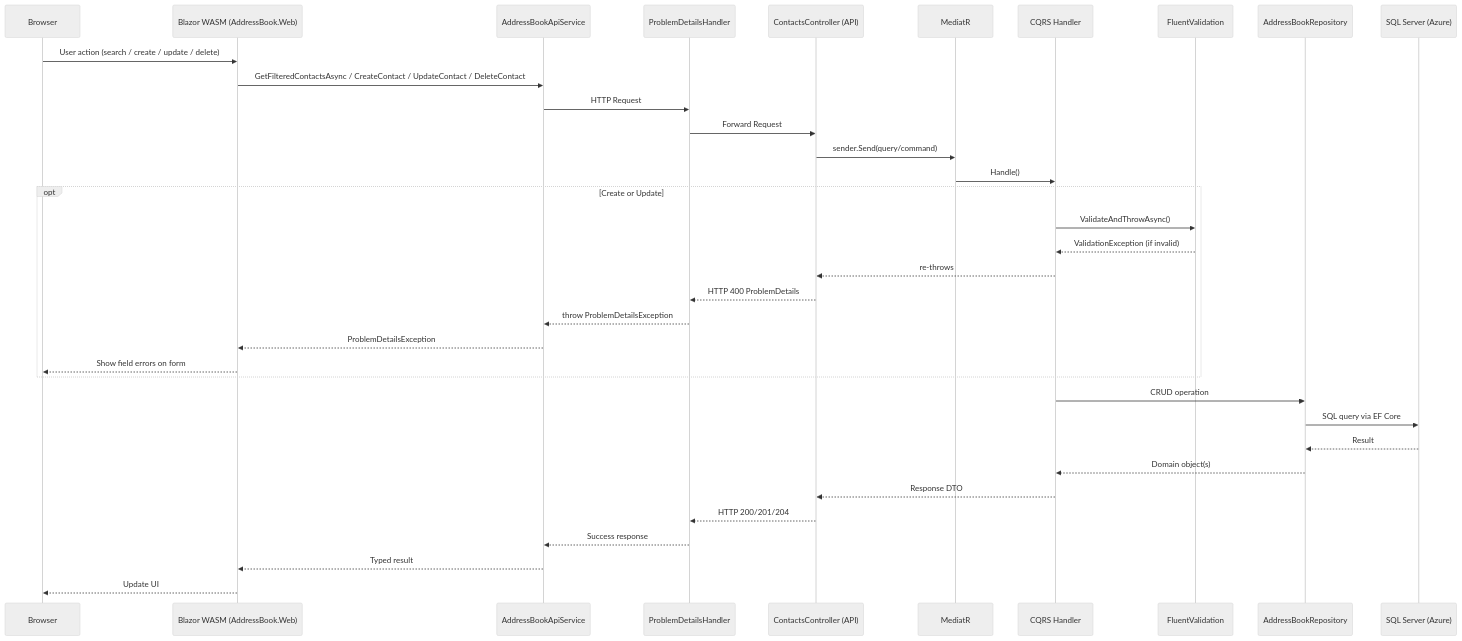
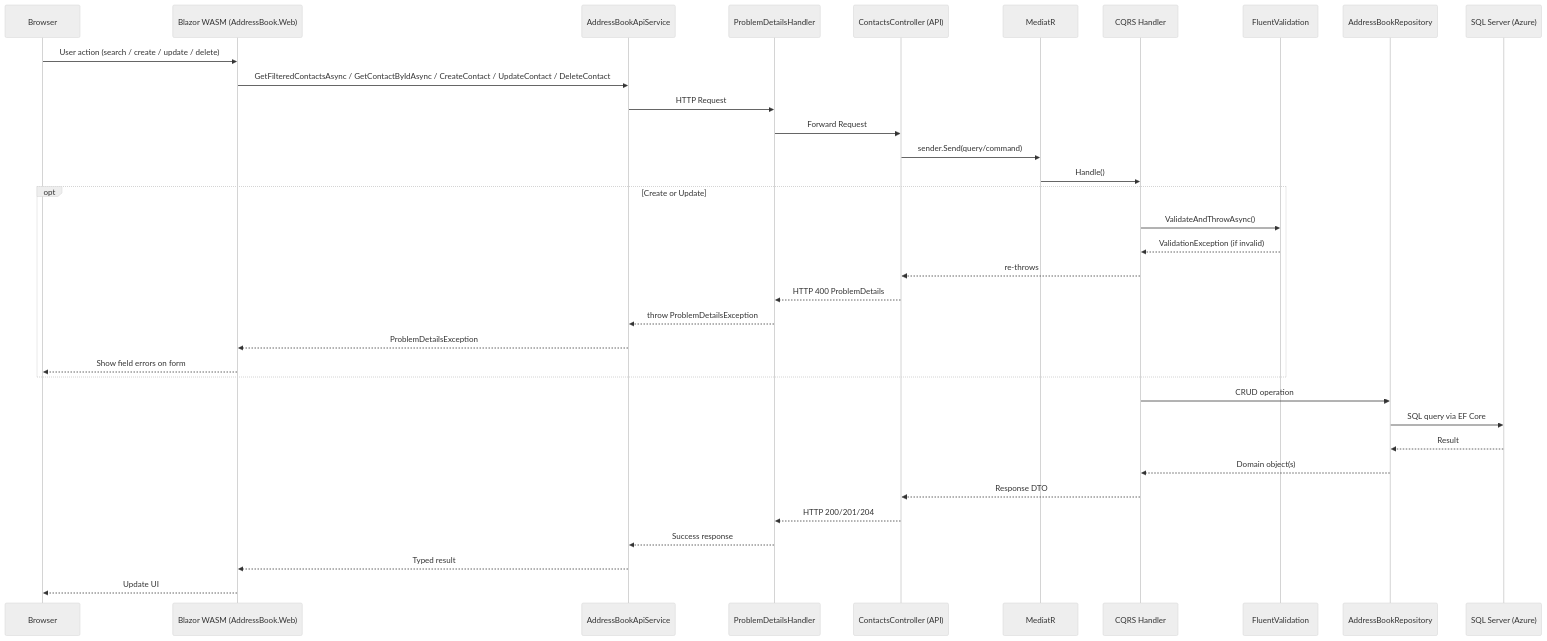
The second of 3 diagrams in .github/askrinnik-addressbook2025.md (askrinnik/AddressBook2025), drawn with Mermaid (neutral theme) before and after one commit. The commit also changed other lines of this file and 4 other files, not shown here.

````diff
--- a/.github/askrinnik-addressbook2025.md
+++ b/.github/askrinnik-addressbook2025.md
@@ -560,38 +593,38 @@
 ```mermaid
 sequenceDiagram
     participant Browser
     participant BlazorWASM as Blazor WASM (AddressBook.Web)
     participant ApiSvc as AddressBookApiService
     participant PDHandler as ProblemDetailsHandler
     participant API as ContactsController (API)
     participant MediatR
     participant Handler as CQRS Handler
     participant Validator as FluentValidation
     participant Repo as AddressBookRepository
     participant DB as SQL Server (Azure)
 
     Browser->>BlazorWASM: User action (search / create / update / delete)
-    BlazorWASM->>ApiSvc: GetFilteredContactsAsync / CreateContact / UpdateContact / DeleteContact
+    BlazorWASM->>ApiSvc: GetFilteredContactsAsync / GetContactByIdAsync / CreateContact / UpdateContact / DeleteContact
     ApiSvc->>PDHandler: HTTP Request
     PDHandler->>API: Forward Request
     API->>MediatR: sender.Send(query/command)
     MediatR->>Handler: Handle()
     opt Create or Update
         Handler->>Validator: ValidateAndThrowAsync()
         Validator-->>Handler: ValidationException (if invalid)
         Handler-->>API: re-throws
         API-->>PDHandler: HTTP 400 ProblemDetails
         PDHandler-->>ApiSvc: throw ProblemDetailsException
         ApiSvc-->>BlazorWASM: ProblemDetailsException
         BlazorWASM-->>Browser: Show field errors on form
     end
     Handler->>Repo: CRUD operation
     Repo->>DB: SQL query via EF Core
     DB-->>Repo: Result
     Repo-->>Handler: Domain object(s)
     Handler-->>API: Response DTO
     API-->>PDHandler: HTTP 200/201/204
     PDHandler-->>ApiSvc: Success response
     ApiSvc-->>BlazorWASM: Typed result
     BlazorWASM-->>Browser: Update UI
 ```
````
